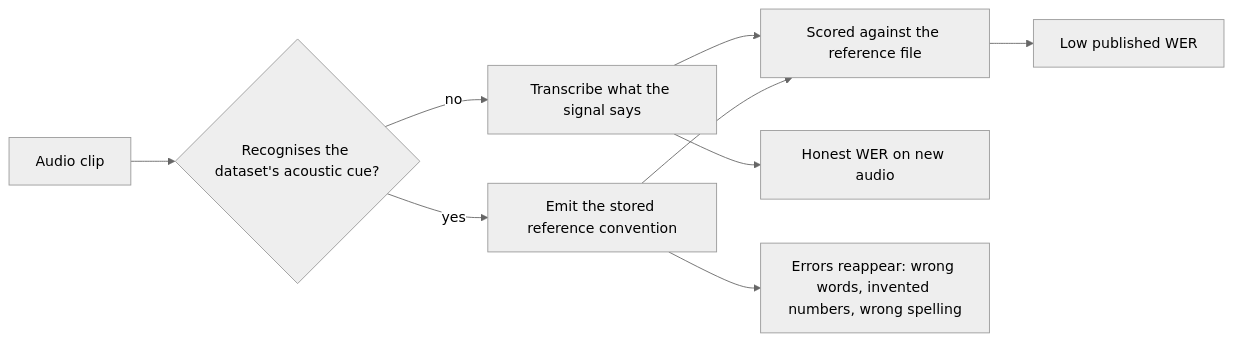
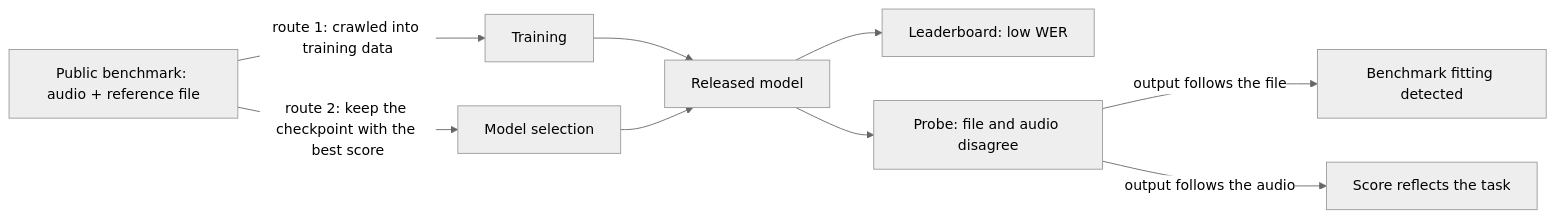
The diagram in dojo/lessons/assets/2026-10-14-2-1.mmd (yurii-mysak/scala-training-docs), drawn with Mermaid (neutral theme) before and after one commit. The commit also changed 95 other files, not shown here.

First line of the commit message:
dojo: Show-by-example and Visual rules; charts, source figures, Dojo image assets; 7 open lessons reworked

```diff
--- a/dojo/lessons/assets/2026-10-14-2-1.mmd
+++ b/dojo/lessons/assets/2026-10-14-2-1.mmd
@@ -1,9 +1,9 @@
 flowchart LR
-  A["Audio clip"] --> B{"Recognises the dataset's acoustic cue?"}
-  B -- "no" --> C["Transcribe what the signal says"]
-  B -- "yes" --> D["Emit the stored reference convention"]
-  C --> E["Scored against the reference file"]
-  D --> E
-  E --> F["Low published WER"]
-  C --> G["Honest WER on new audio"]
-  D --> H["Errors reappear: wrong words, invented numbers, wrong spelling"]
+  B["Public benchmark: audio + reference file"] -->|"route 1: crawled into training data"| T["Training"]
+  B -->|"route 2: keep the checkpoint with the best score"| S["Model selection"]
+  T --> M["Released model"]
+  S --> M
+  M --> P["Leaderboard: low WER"]
+  M --> Q["Probe: file and audio disagree"]
+  Q -->|"output follows the file"| F["Benchmark fitting detected"]
+  Q -->|"output follows the audio"| G["Score reflects the task"]
```
